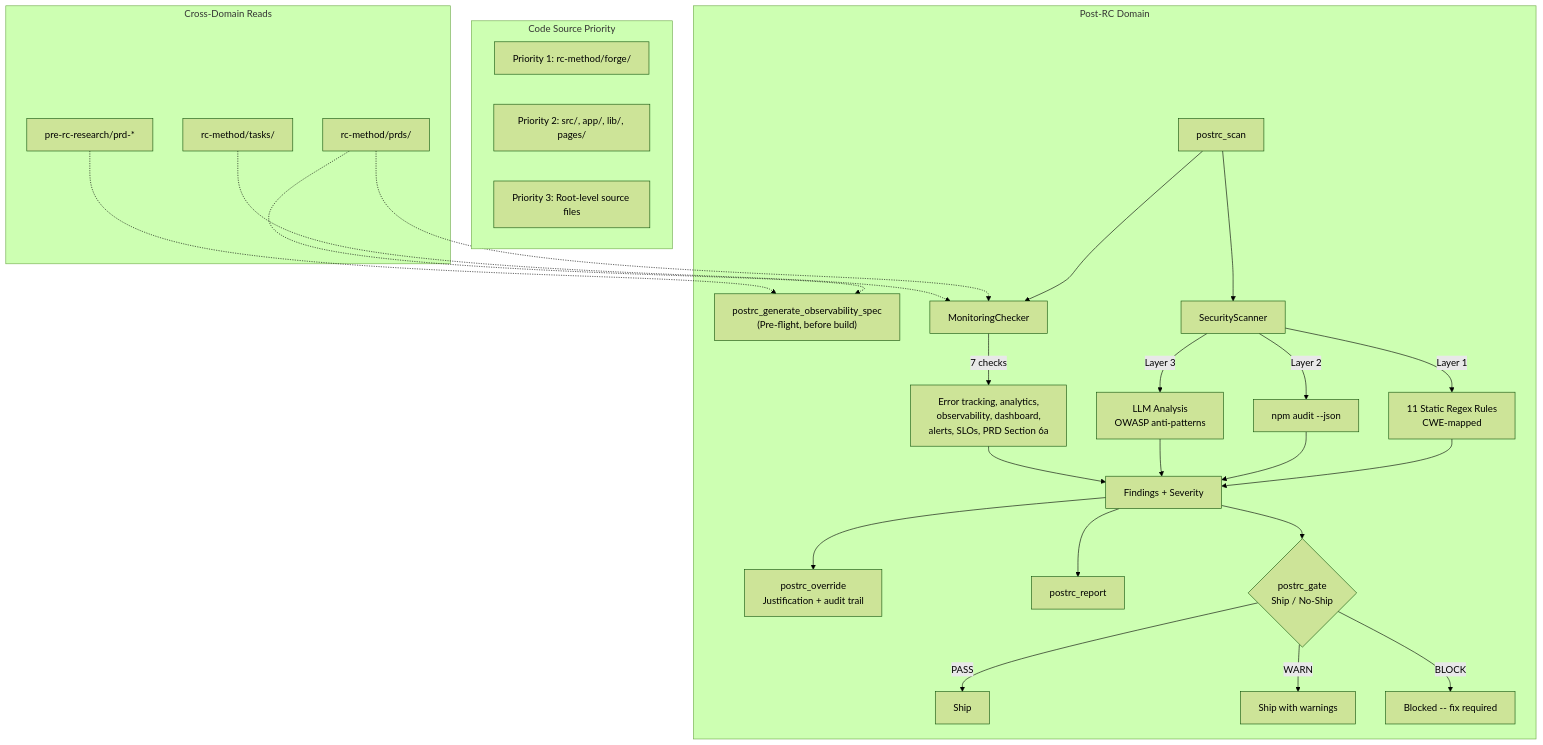
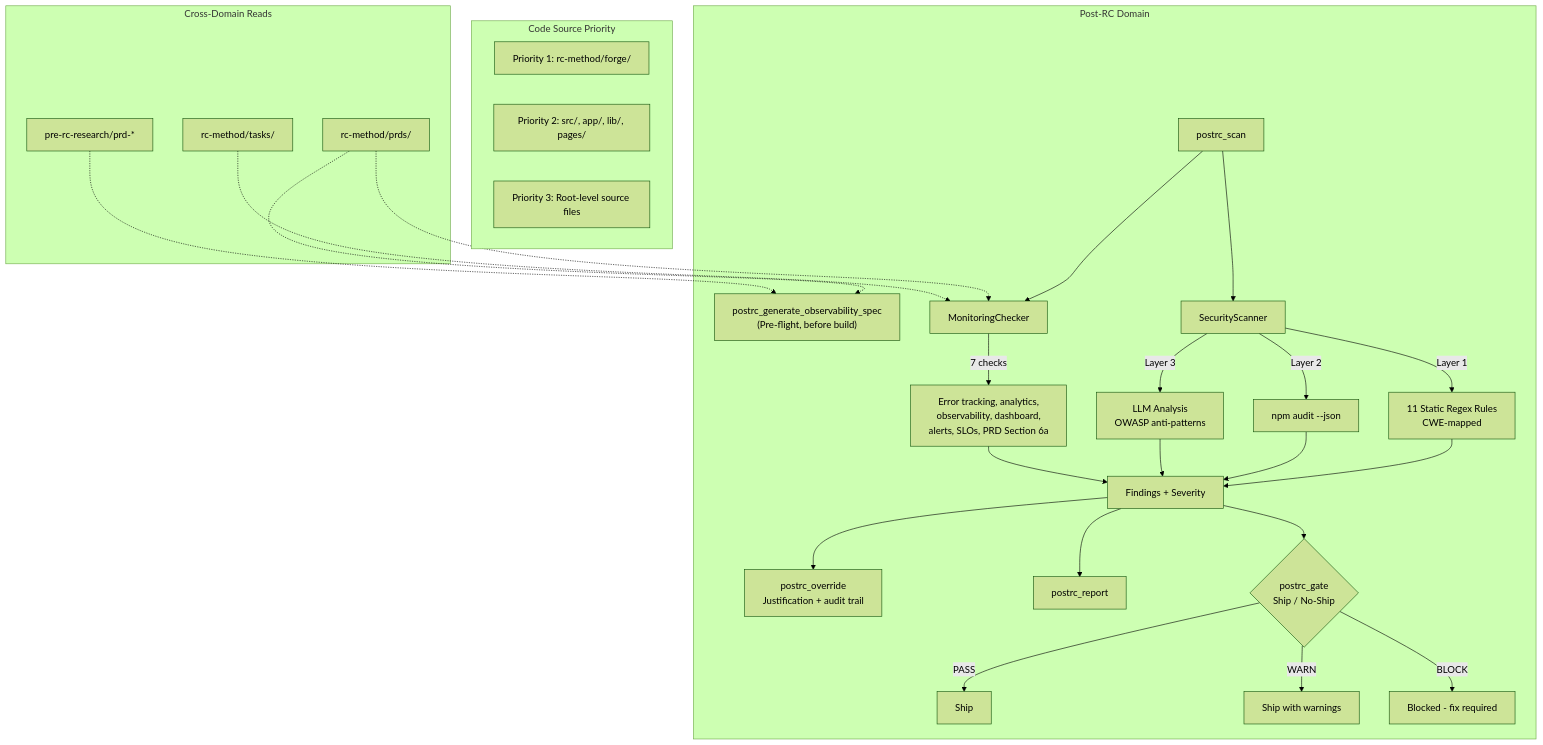
The sixth of 19 diagrams in docs/ARCHITECTURE.md (originalrashmi/rc-engine-product-framework), drawn with Mermaid (forest theme) before and after one commit. The commit also changed other lines of this file and 19 other files, not shown here.

````diff
--- a/docs/ARCHITECTURE.md
+++ b/docs/ARCHITECTURE.md
@@ -325,41 +325,41 @@
 ```mermaid
 graph TD
     subgraph "Post-RC Domain"
         OBS_SPEC["postrc_generate_observability_spec<br/>(Pre-flight, before build)"]
 
         SCAN[postrc_scan] --> SEC[SecurityScanner]
         SCAN --> MON[MonitoringChecker]
 
         SEC --> |Layer 1| STATIC["11 Static Regex Rules<br/>CWE-mapped"]
         SEC --> |Layer 2| NPM["npm audit --json"]
         SEC --> |Layer 3| LLM_SCAN["LLM Analysis<br/>OWASP anti-patterns"]
 
         MON --> |7 checks| MON_OUT["Error tracking, analytics,<br/>observability, dashboard,<br/>alerts, SLOs, PRD Section 6a"]
 
         STATIC --> FINDINGS[Findings + Severity]
         NPM --> FINDINGS
         LLM_SCAN --> FINDINGS
         MON_OUT --> FINDINGS
 
         FINDINGS --> OVERRIDE[postrc_override<br/>Justification + audit trail]
         FINDINGS --> REPORT[postrc_report]
         FINDINGS --> GATE{postrc_gate<br/>Ship / No-Ship}
 
         GATE -->|PASS| SHIP[Ship]
         GATE -->|WARN| SHIP_WARN[Ship with warnings]
-        GATE -->|BLOCK| NOSHIP[Blocked -- fix required]
+        GATE -->|BLOCK| NOSHIP[Blocked - fix required]
     end
 
     subgraph "Code Source Priority"
         F1["Priority 1: rc-method/forge/"]
         F2["Priority 2: src/, app/, lib/, pages/"]
         F3["Priority 3: Root-level source files"]
     end
 
     subgraph "Cross-Domain Reads"
         RC_PRD["rc-method/prds/"] -.-> MON
         RC_PRD -.-> OBS_SPEC
         RC_TASKS["rc-method/tasks/"] -.-> MON
         PRC_PRD["pre-rc-research/prd-*"] -.-> OBS_SPEC
     end
 ```
````
